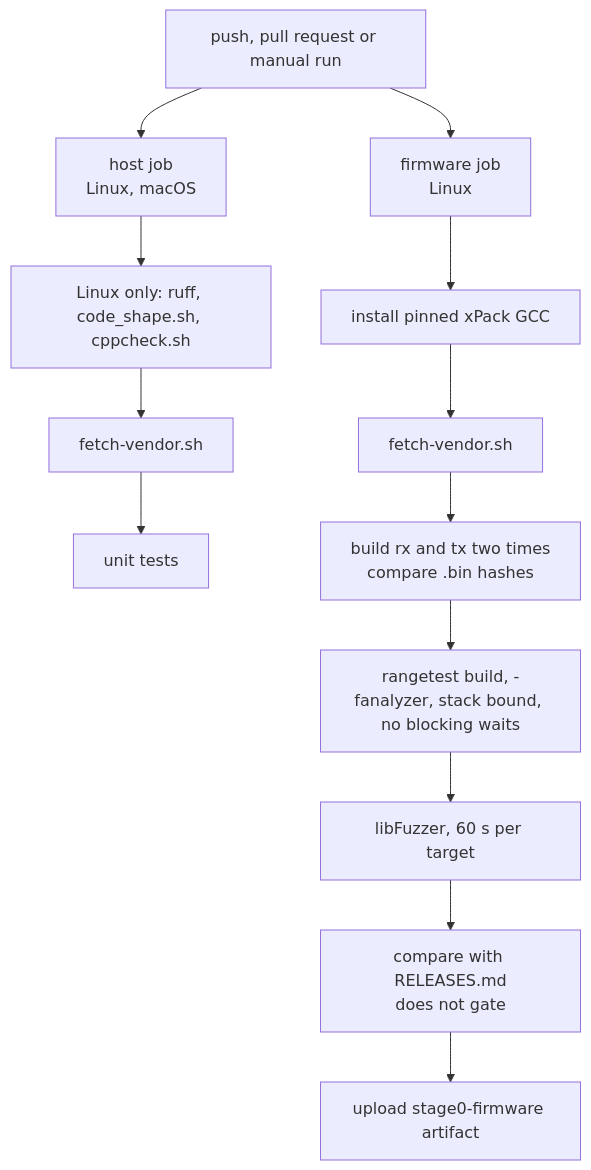
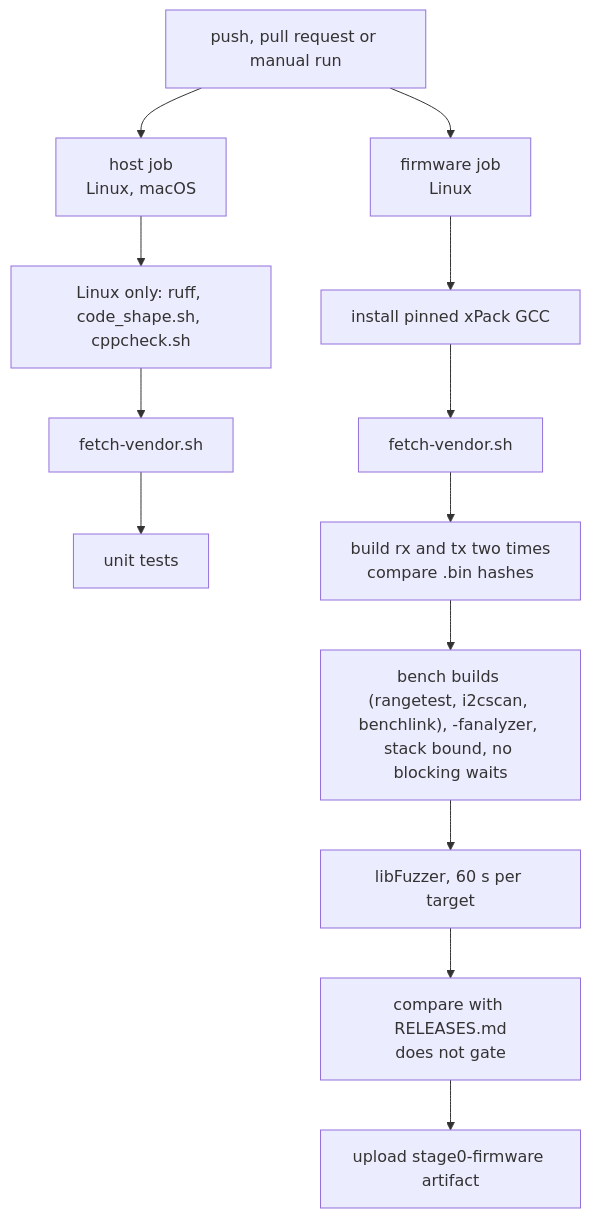
Before and after one commit to clintecker/weather-station-2026: the second of 2 diagrams in tools/README.md, drawn with Mermaid. The commit also changed other lines of this file and 24 other files, not shown here.

````diff
--- a/tools/README.md
+++ b/tools/README.md
@@ -49,15 +52,15 @@
 ```mermaid
 flowchart TD
   P["push, pull request or manual run"] --> H["host job<br/>Linux, macOS"]
   P --> F["firmware job<br/>Linux"]
   H --> H1["Linux only: ruff, code_shape.sh, cppcheck.sh"]
   H1 --> H2["fetch-vendor.sh"]
   H2 --> H3["unit tests"]
   F --> F1["install pinned xPack GCC"]
   F1 --> F2["fetch-vendor.sh"]
   F2 --> F3["build rx and tx two times<br/>compare .bin hashes"]
-  F3 --> F4["rangetest build, -fanalyzer, stack bound, no blocking waits"]
+  F3 --> F4["bench builds (rangetest, i2cscan, benchlink), -fanalyzer, stack bound, no blocking waits"]
   F4 --> F5["libFuzzer, 60 s per target"]
   F5 --> F6["compare with RELEASES.md<br/>does not gate"]
   F6 --> F7["upload stage0-firmware artifact"]
 ```
````
